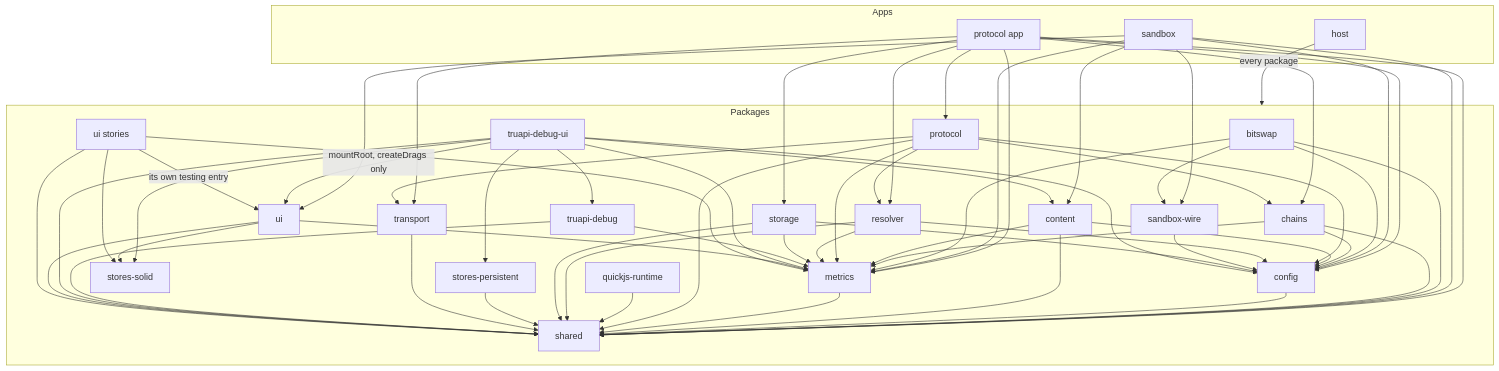
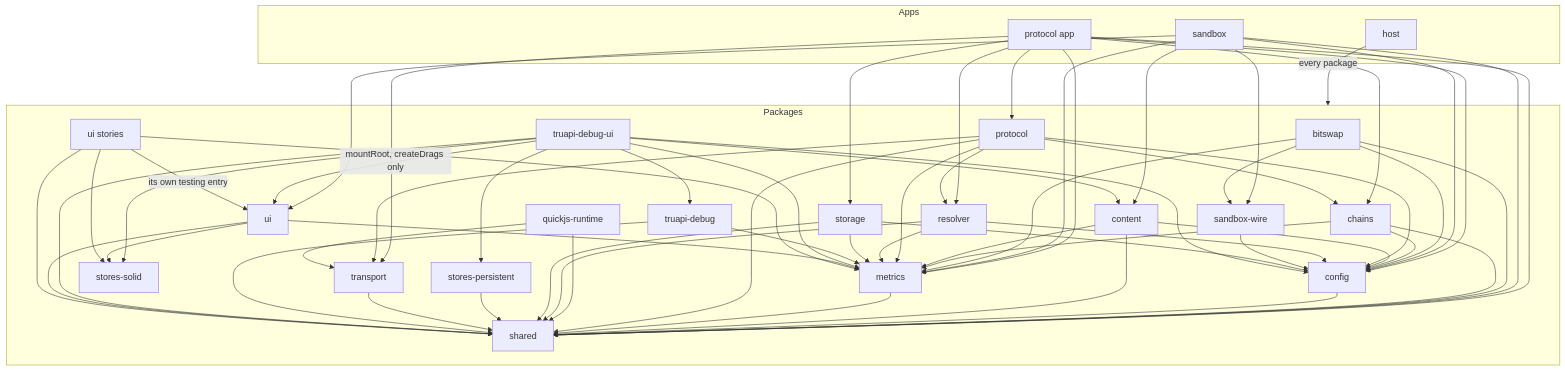
Before and after one commit to paritytech/dotli-community: the first of 2 diagrams in docs/code/placement.md, drawn with Mermaid. The commit also changed other lines of this file and 11 other files, not shown here.

First line of the commit message:
feat(quickjs-runtime): run one VM in a Web Worker, driven from the page

````diff
--- a/docs/code/placement.md
+++ b/docs/code/placement.md
@@ -18,50 +18,50 @@
 ```mermaid
 flowchart TD
   subgraph apps [Apps]
     host[host]
     protocolApp[protocol app]
     sandbox[sandbox]
   end
   subgraph packages [Packages]
     bitswap[bitswap]
     chains[chains]
     config[config]
     content[content]
     metrics[metrics]
     protocol[protocol]
     quickjsRuntime[quickjs-runtime]
     resolver[resolver]
     sandboxWire[sandbox-wire]
     shared[shared]
     storage[storage]
     storesPersistent[stores-persistent]
     storesSolid[stores-solid]
     transport[transport]
     truapiDebug[truapi-debug]
     truapiDebugUi[truapi-debug-ui]
     ui[ui]
     uiStories[ui stories]
   end
   host -->|every package| packages
   protocolApp --> chains & config & metrics & protocol & resolver & shared & storage & transport
   sandbox --> config & content & metrics & sandboxWire & shared & ui
   bitswap --> config & metrics & sandboxWire & shared
   chains --> config & metrics & shared
   config --> shared
   content --> config & metrics & shared
   metrics --> shared
   protocol --> chains & config & metrics & resolver & shared & transport
-  quickjsRuntime --> shared
+  quickjsRuntime --> shared & transport
   resolver --> config & metrics & shared
   sandboxWire --> config
   storage --> config & metrics & shared
   storesPersistent --> shared
   transport --> shared
   truapiDebug --> metrics & shared
   truapiDebugUi --> config & content & metrics & shared & truapiDebug
   truapiDebugUi --> storesSolid & storesPersistent
   truapiDebugUi -->|mountRoot, createDrags only| ui
   ui --> metrics & shared & storesSolid
   uiStories --> metrics & shared & storesSolid
   uiStories -->|its own testing entry| ui
 ```
````
